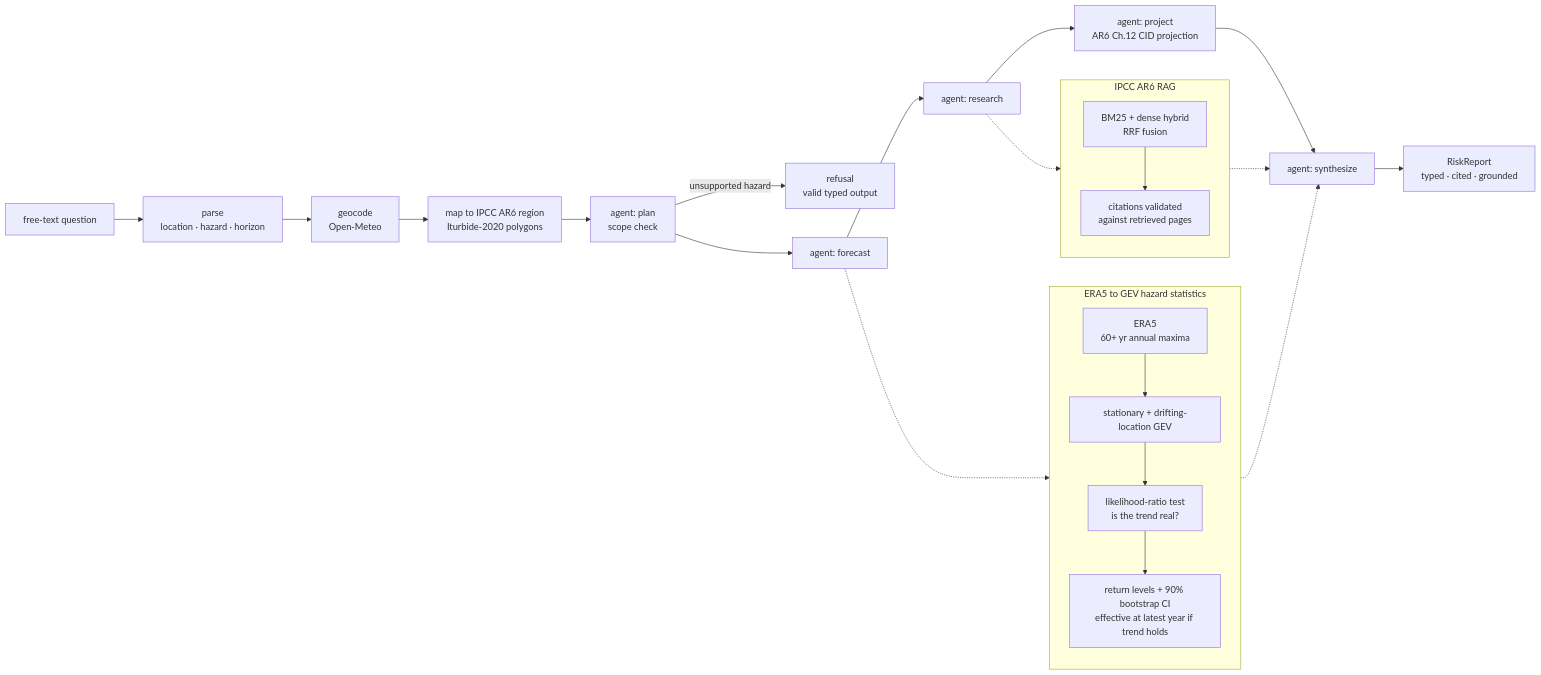
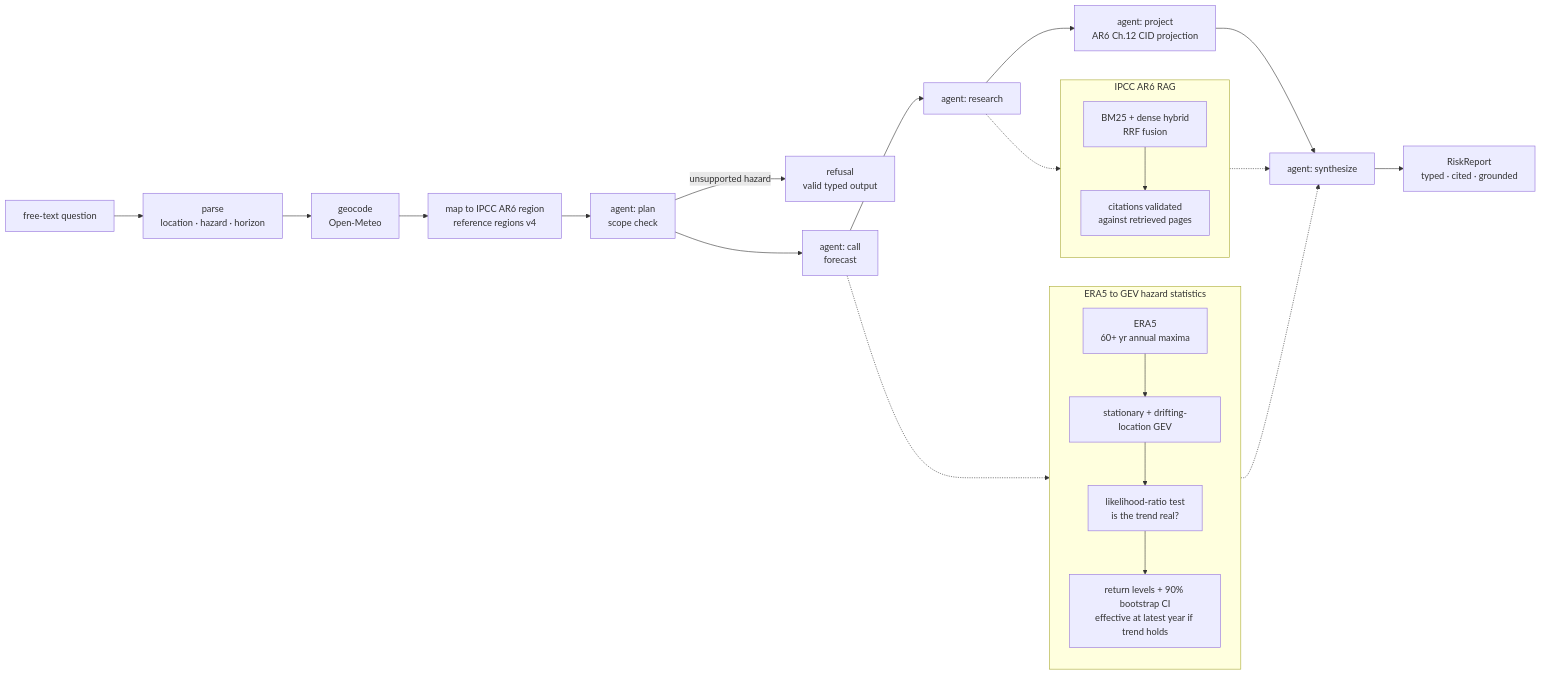
One commit to AswaniSahoo/climate-risk-agent changed the diagram in README.md. Above: the diagram before and after it, drawn with Mermaid. The commit also changed other lines of this file and 5 other files, not shown here.

````diff
--- a/README.md
+++ b/README.md
@@ -49,27 +44,27 @@
 ```mermaid
 flowchart LR
     Q[free-text question] --> PARSE[parse<br/>location · hazard · horizon]
     PARSE --> GEO[geocode<br/>Open-Meteo]
-    GEO --> REGION[map to IPCC AR6 region<br/>Iturbide-2020 polygons]
+    GEO --> REGION[map to IPCC AR6 region<br/>reference regions v4]
     REGION --> PLAN[agent: plan<br/>scope check]
     PLAN -->|unsupported hazard| REFUSE[refusal<br/>valid typed output]
-    PLAN --> FORECAST[agent: forecast]
-    FORECAST --> RESEARCH[agent: research]
+    PLAN --> CALL[agent: call<br/>forecast]
+    CALL --> RESEARCH[agent: research]
     RESEARCH --> PROJECT[agent: project<br/>AR6 Ch.12 CID projection]
     PROJECT --> SYNTH[agent: synthesize]
     SYNTH --> REPORT[RiskReport<br/>typed · cited · grounded]
 
     subgraph HAZARD [ERA5 to GEV hazard statistics]
         ERA5[ERA5<br/>60+ yr annual maxima] --> GEV[stationary + drifting-location GEV]
         GEV --> LRT[likelihood-ratio test<br/>is the trend real?]
         LRT --> LEVELS[return levels + 90% bootstrap CI<br/>effective at latest year if trend holds]
     end
-    FORECAST -.-> HAZARD
+    CALL -.-> HAZARD
     HAZARD -.-> SYNTH
 
     subgraph RAG [IPCC AR6 RAG]
         HYBRID[BM25 + dense hybrid<br/>RRF fusion] --> VALID[citations validated<br/>against retrieved pages]
     end
     RESEARCH -.-> RAG
     RAG -.-> SYNTH
 ```
````
